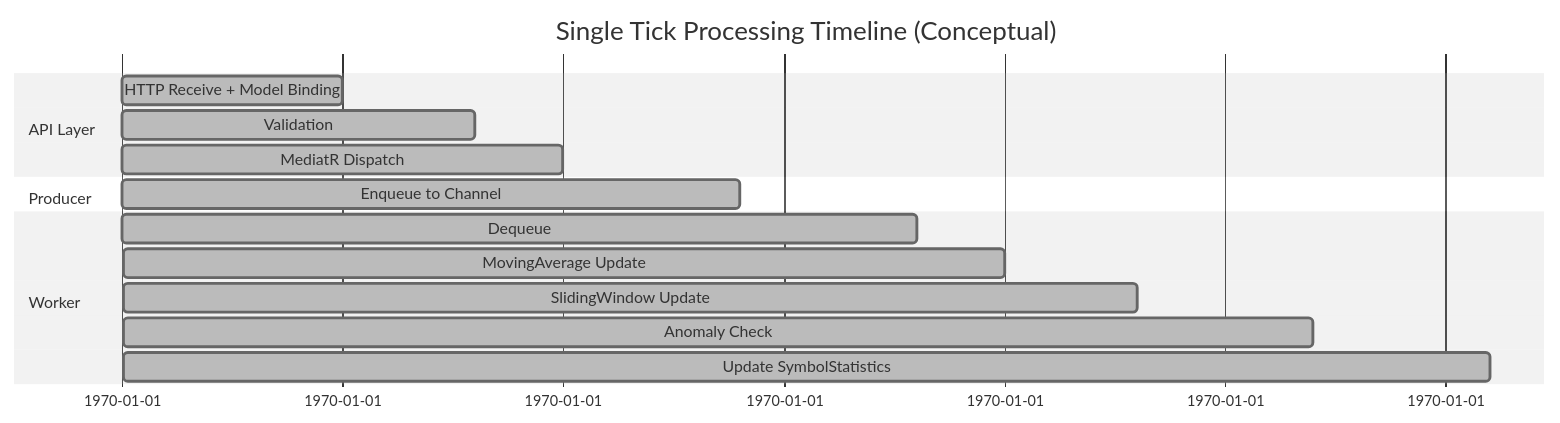
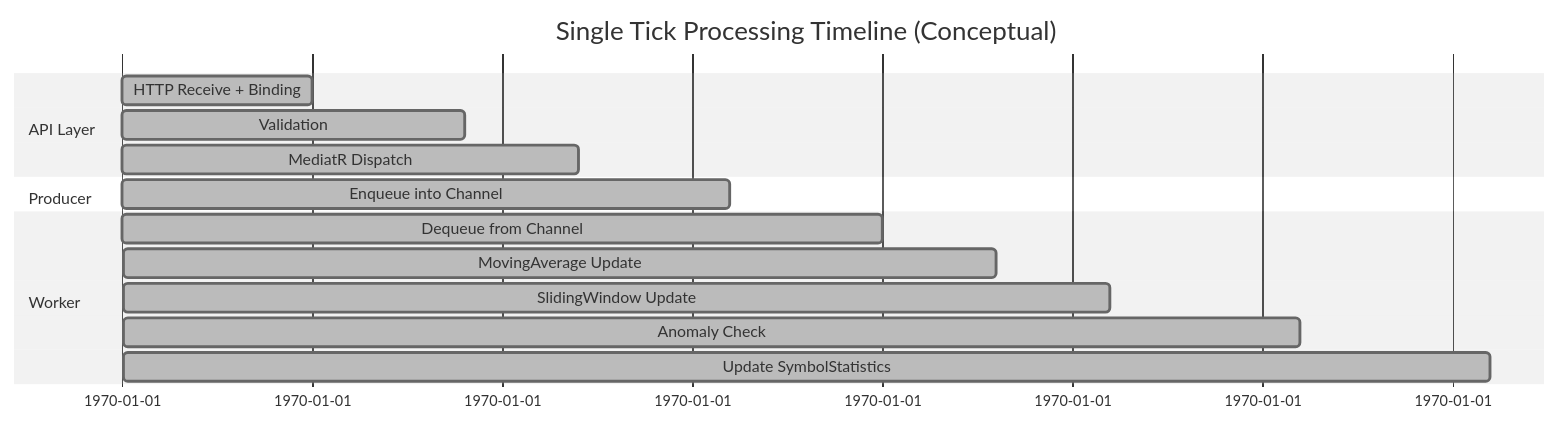
Before and after one commit to yasserebrahimi/MarketDataSystem: the seventh of 11 diagrams in README.md, drawn with Mermaid (neutral theme). The commit also changed other lines of this file, not shown here.

````diff
--- a/README.md
+++ b/README.md
@@ -284,20 +246,20 @@
 ```mermaid
 gantt
     dateFormat  X
     title Single Tick Processing Timeline (Conceptual)
 
     section API Layer
-    HTTP Receive + Model Binding :done, 0, 5
-    Validation                   :done, 5, 8
-    MediatR Dispatch             :done, 8, 10
+    HTTP Receive + Binding       :done, 0, 5
+    Validation                   :done, 5, 9
+    MediatR Dispatch             :done, 9, 12
 
     section Producer
-    Enqueue to Channel           :done, 10, 14
+    Enqueue into Channel         :done, 12, 16
 
     section Worker
-    Dequeue                      :done, 14, 18
-    MovingAverage Update         :done, 18, 20
-    SlidingWindow Update         :done, 20, 23
-    Anomaly Check                :done, 23, 27
-    Update SymbolStatistics      :done, 27, 31
+    Dequeue from Channel         :done, 16, 20
+    MovingAverage Update         :done, 20, 23
+    SlidingWindow Update         :done, 23, 26
+    Anomaly Check                :done, 26, 31
+    Update SymbolStatistics      :done, 31, 36
 ```
````
